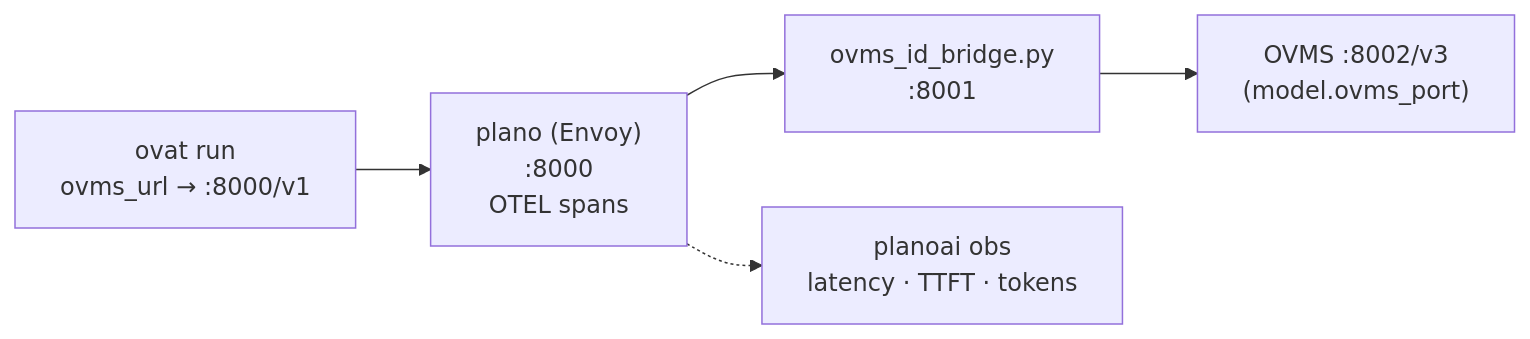
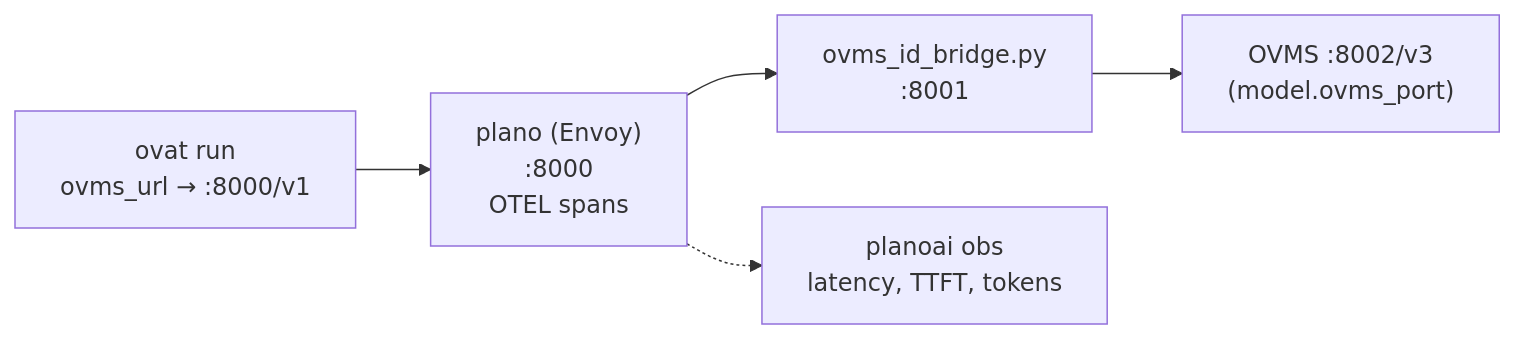
Before and after one commit to Lagmator22/ovat: diagram 11 of 11 in docs/ARCHITECTURE.md, drawn with Mermaid. The commit also changed other lines of this file, not shown here.

First line of the commit message:
docs(architecture): diagrams, the docs site, and what changed since 1.0

````diff
--- a/docs/ARCHITECTURE.md
+++ b/docs/ARCHITECTURE.md
@@ -750,7 +897,7 @@
 ```mermaid
 flowchart LR
     OVAT["ovat run<br/>ovms_url → :8000/v1"] --> Plano["plano (Envoy)<br/>:8000<br/>OTEL spans"]
     Plano --> Bridge["ovms_id_bridge.py<br/>:8001"]
     Bridge --> OVMS["OVMS :8002/v3<br/>(model.ovms_port)"]
-    Plano -.-> Obs["planoai obs<br/>latency · TTFT · tokens"]
+    Plano -.-> Obs["planoai obs<br/>latency, TTFT, tokens"]
 ```
````
